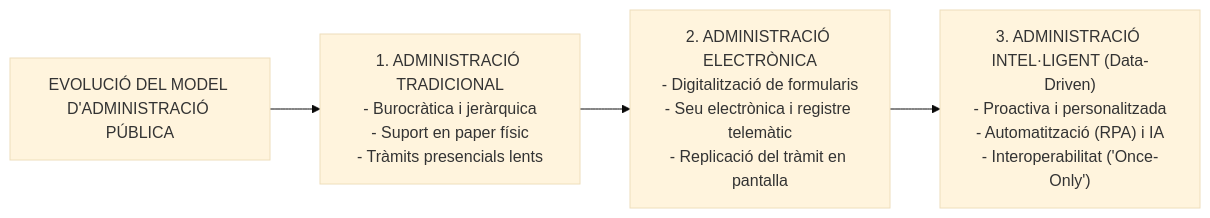
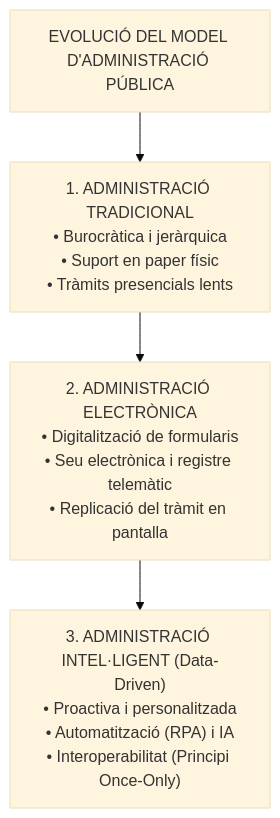
Before and after one commit to oriolmapu/opo: the first of 3 diagrams in part_especifica/bloc1_administracio_publica/21_tic_modernitzacio_serveis_publics_administracio_local.md, drawn with Mermaid (base theme).

Commit message:
Millora de compatibilitat sintàctica dels diagrames Mermaid al Tema 21

````diff
--- a/part_especifica/bloc1_administracio_publica/21_tic_modernitzacio_serveis_publics_administracio_local.md
+++ b/part_especifica/bloc1_administracio_publica/21_tic_modernitzacio_serveis_publics_administracio_local.md
@@ -11,12 +11,12 @@
 ```mermaid
-graph LR
+flowchart TD
     Evolucio["EVOLUCIÓ DEL MODEL D'ADMINISTRACIÓ PÚBLICA"]
     
-    Tradicional["1. ADMINISTRACIÓ TRADICIONAL<br/>- Burocràtica i jeràrquica<br/>- Suport en paper físic<br/>- Tràmits presencials lents"]
-    Electronica["2. ADMINISTRACIÓ ELECTRÒNICA<br/>- Digitalització de formularis<br/>- Seu electrònica i registre telemàtic<br/>- Replicació del tràmit en pantalla"]
-    Intelligent["3. ADMINISTRACIÓ INTEL·LIGENT (Data-Driven)<br/>- Proactiva i personalitzada<br/>- Automatització (RPA) i IA<br/>- Interoperabilitat ('Once-Only')"]
+    Tradicional["1. ADMINISTRACIÓ TRADICIONAL<br/>• Burocràtica i jeràrquica<br/>• Suport en paper físic<br/>• Tràmits presencials lents"]
+    Electronica["2. ADMINISTRACIÓ ELECTRÒNICA<br/>• Digitalització de formularis<br/>• Seu electrònica i registre telemàtic<br/>• Replicació del tràmit en pantalla"]
+    Intelligent["3. ADMINISTRACIÓ INTEL·LIGENT (Data-Driven)<br/>• Proactiva i personalitzada<br/>• Automatització (RPA) i IA<br/>• Interoperabilitat (Principi Once-Only)"]
 
     Evolucio --> Tradicional
     Tradicional --> Electronica
     Electronica --> Intelligent
 ```
````
